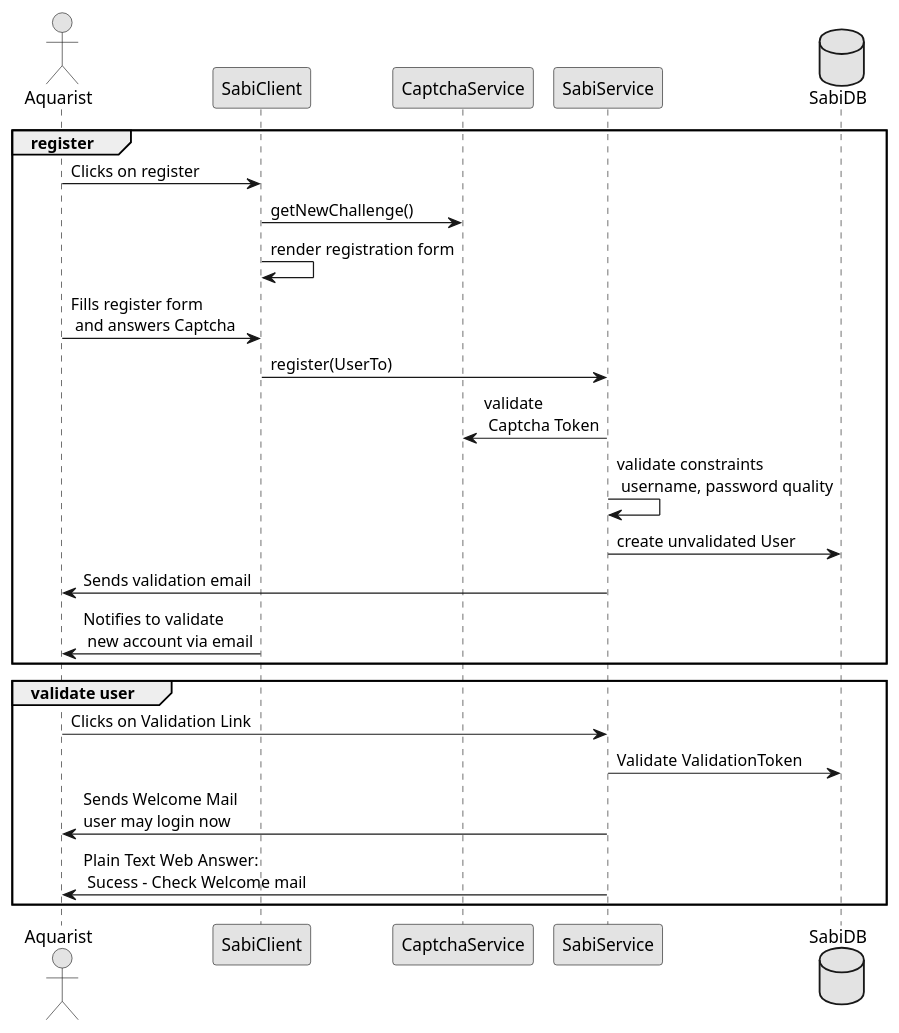
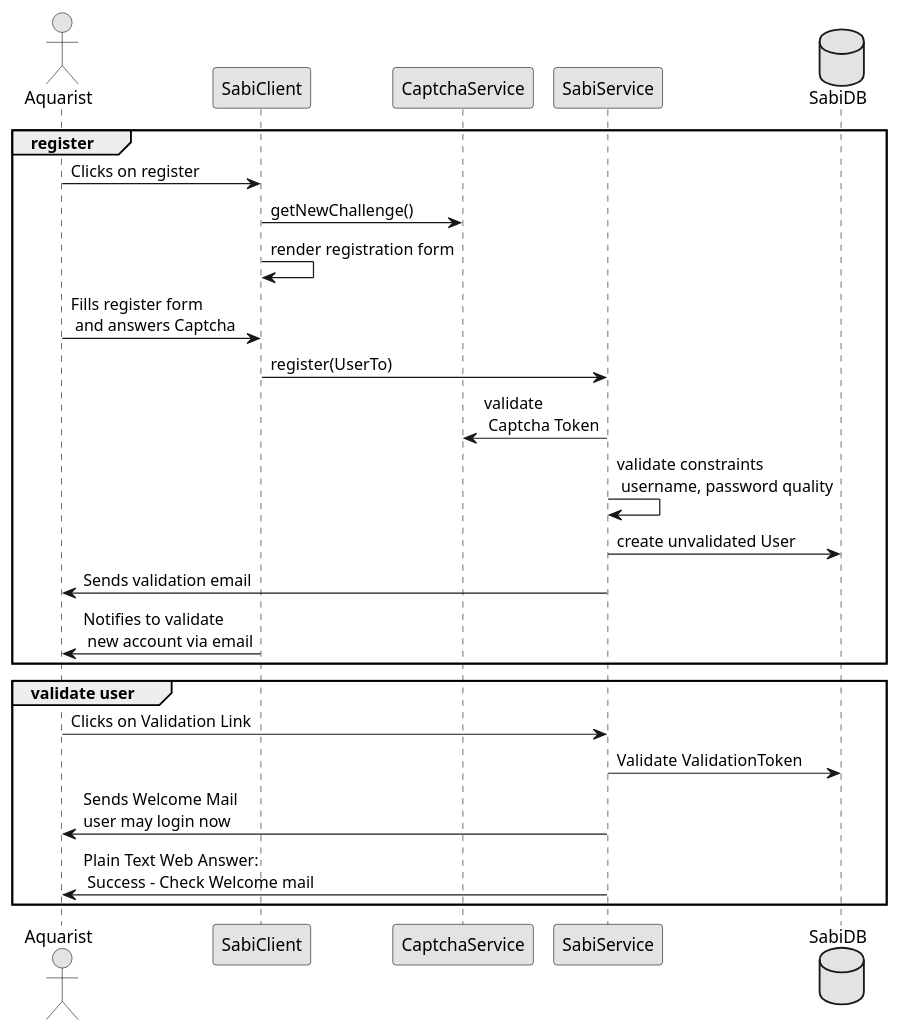
One commit to StefanSchubert/sabi changed the diagram in sabi-parent/sabi-server/UML/6_RuntimeView/Seq_Registration.puml. Above: the diagram before and after it, drawn with PlantUML. The commit also changed 9 other files, not shown here.

```diff
--- a/sabi-parent/sabi-server/UML/6_RuntimeView/Seq_Registration.puml
+++ b/sabi-parent/sabi-server/UML/6_RuntimeView/Seq_Registration.puml
@@ -1,32 +1,32 @@
 @startuml
 
 skinparam monochrome true
 skinparam componentStyle uml2
 
 actor Aquarist
 participant SabiClient
 participant CaptchaService
 participant SabiService
 database SabiDB
 
 group register
     Aquarist -> SabiClient: Clicks on register
     SabiClient -> CaptchaService : getNewChallenge()
     SabiClient -> SabiClient : render registration form
     Aquarist -> SabiClient : Fills register form\n and answers Captcha
     SabiClient -> SabiService : register(UserTo)
     SabiService -> CaptchaService : validate\n Captcha Token
     SabiService -> SabiService : validate constraints\n username, password quality
     SabiService -> SabiDB : create unvalidated User
     SabiService -> Aquarist : Sends validation email
     SabiClient -> Aquarist : Notifies to validate\n new account via email
 end
 
 group validate user
     Aquarist -> SabiService : Clicks on Validation Link
     SabiService -> SabiDB : Validate ValidationToken
     SabiService -> Aquarist : Sends Welcome Mail\nuser may login now
-    SabiService -> Aquarist : Plain Text Web Answer:\n Sucess - Check Welcome mail
+    SabiService -> Aquarist : Plain Text Web Answer:\n Success - Check Welcome mail
 end
 
 @enduml
```
